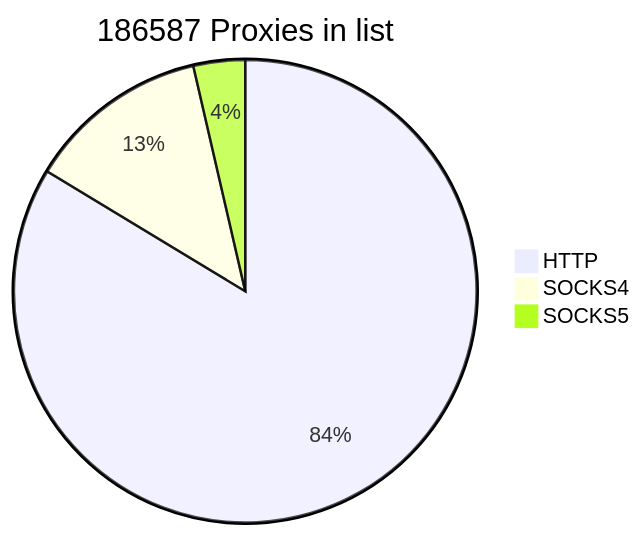
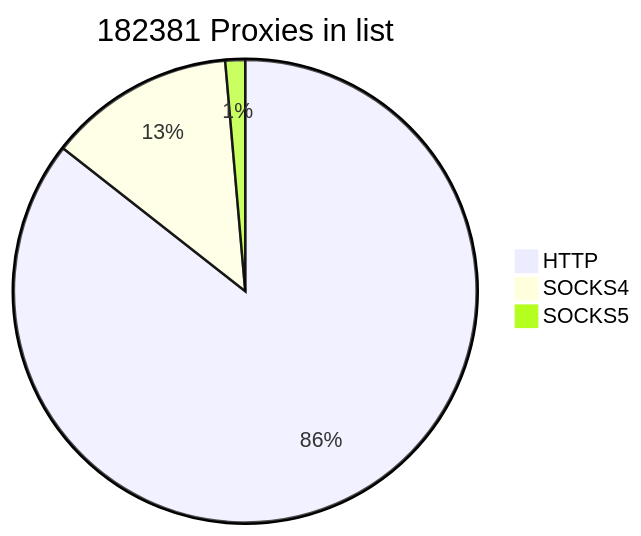
The first of 2 diagrams in README.md (cutipu/proxylist), drawn with Mermaid before and after one commit. The commit also changed other lines of this file, not shown here.

````diff
--- a/README.md
+++ b/README.md
@@ -2,7 +2,7 @@
 ```mermaid
-pie title 186587 Proxies in list
+pie title 182381 Proxies in list
     "HTTP" : 156108
     "SOCKS4" : 23747
-    "SOCKS5" : 6732
+    "SOCKS5" : 2526
             
 ```
````
